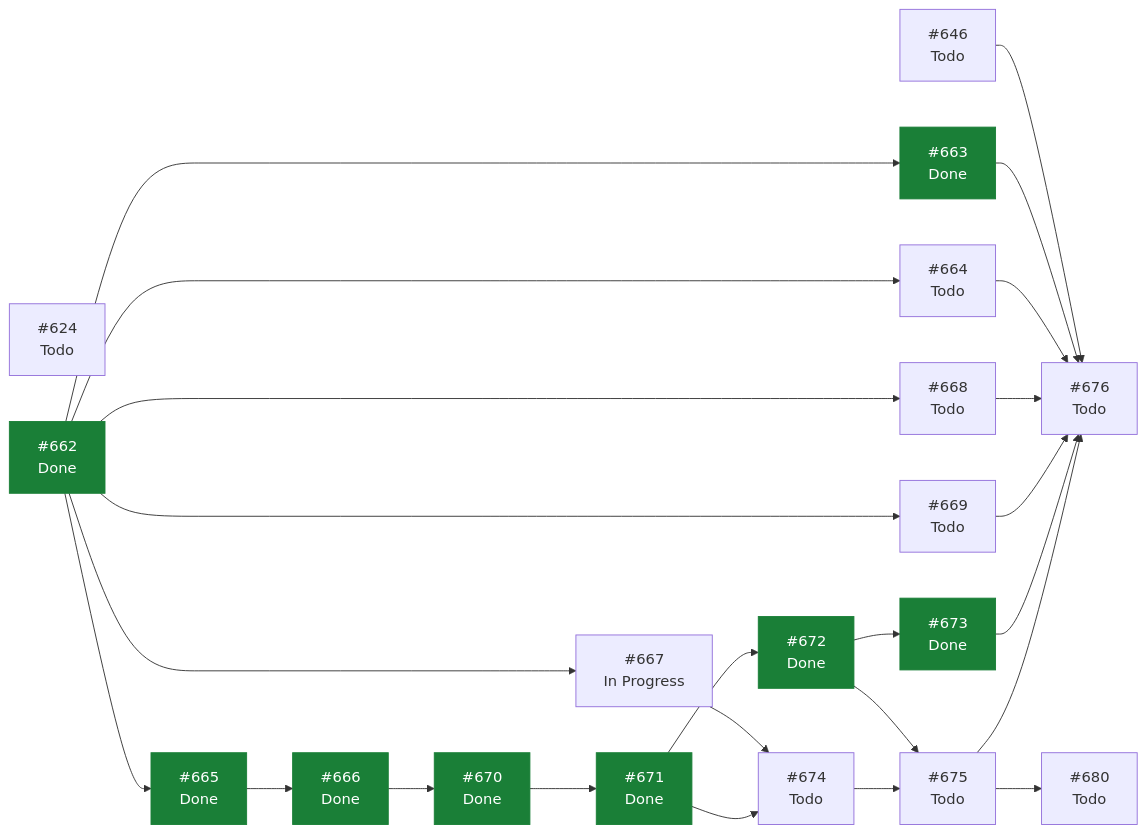
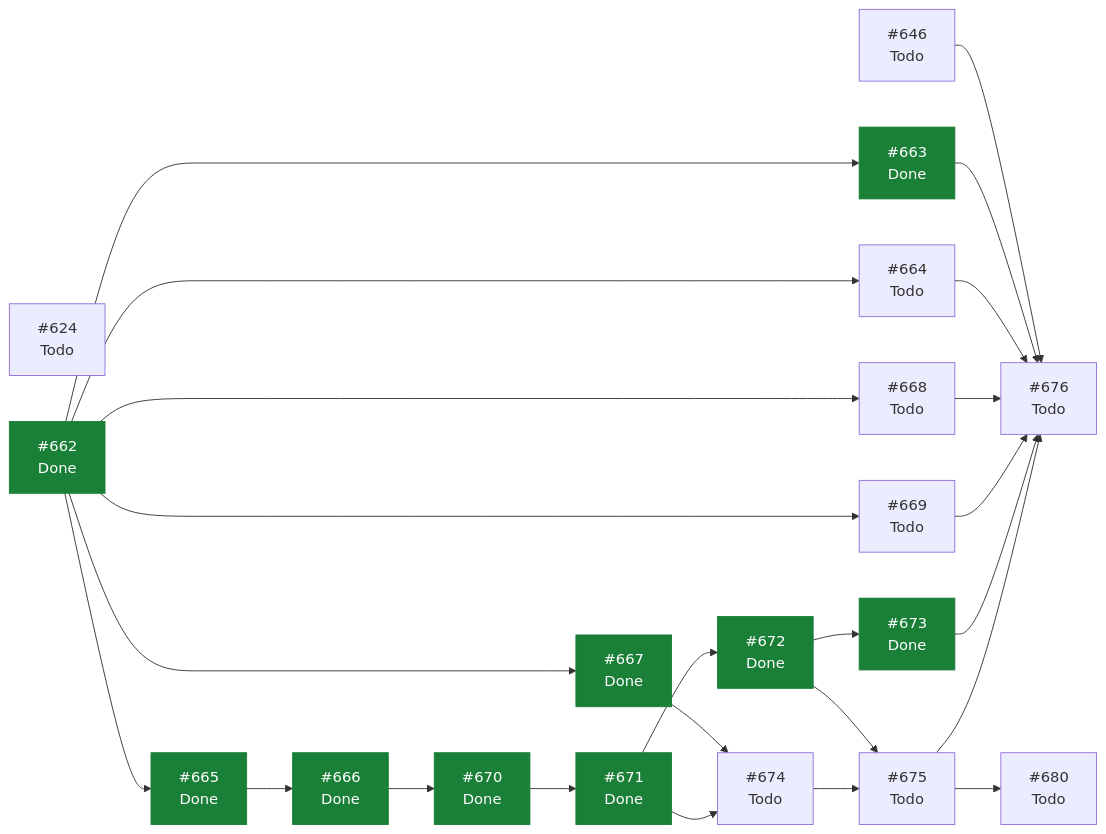
The diagram in docs/planning/STATUS.md (ecamp0s/evault), drawn with Mermaid before and after one commit. The commit also changed other lines of this file, not shown here.

````diff
--- a/docs/planning/STATUS.md
+++ b/docs/planning/STATUS.md
@@ -118,46 +118,46 @@
 ```mermaid
 graph LR
   I624["#624<br/>Todo"]
   I646["#646<br/>Todo"]
   I662["#662<br/>Done"]
   I663["#663<br/>Done"]
   I664["#664<br/>Todo"]
   I665["#665<br/>Done"]
   I666["#666<br/>Done"]
-  I667["#667<br/>In Progress"]
+  I667["#667<br/>Done"]
   I668["#668<br/>Todo"]
   I669["#669<br/>Todo"]
   I670["#670<br/>Done"]
   I671["#671<br/>Done"]
   I672["#672<br/>Done"]
   I673["#673<br/>Done"]
   I674["#674<br/>Todo"]
   I675["#675<br/>Todo"]
   I676["#676<br/>Todo"]
   I680["#680<br/>Todo"]
   I646 --> I676
   I662 --> I663
   I662 --> I664
   I662 --> I665
   I662 --> I667
   I662 --> I668
   I662 --> I669
   I663 --> I676
   I664 --> I676
   I665 --> I666
   I666 --> I670
   I667 --> I674
   I668 --> I676
   I669 --> I676
   I670 --> I671
   I671 --> I672
   I671 --> I674
   I672 --> I673
   I672 --> I675
   I673 --> I676
   I674 --> I675
   I675 --> I676
   I675 --> I680
   classDef hecho fill:#1a7f37,stroke:#1a7f37,color:#fff;
-  class I662,I663,I665,I666,I670,I671,I672,I673 hecho;
+  class I662,I663,I665,I666,I667,I670,I671,I672,I673 hecho;
 ```
````
